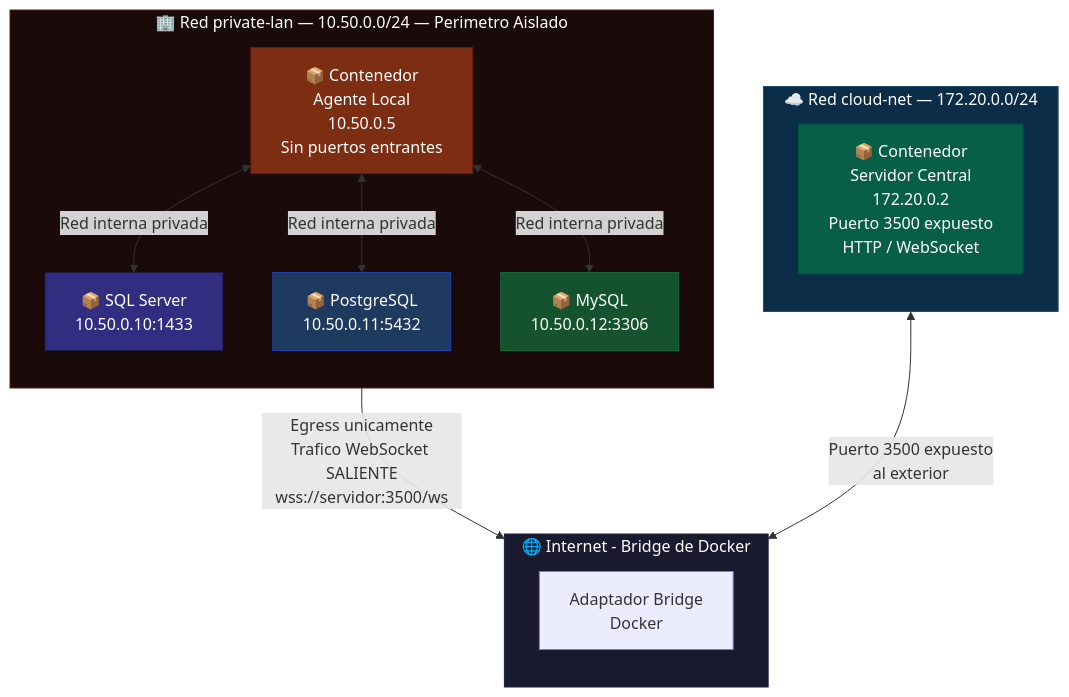
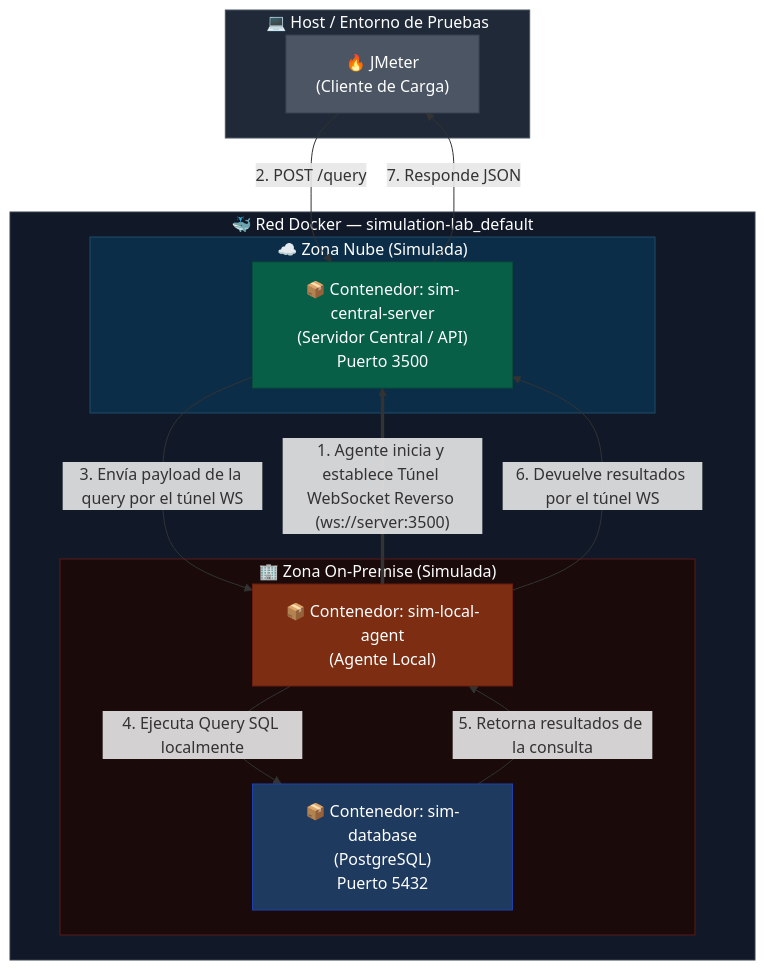
One commit to PoetArtist1/agentstructure changed the third of 5 diagrams in README.md. Above: the diagram before and after it, drawn with Mermaid. The commit also changed other lines of this file, not shown here.

Commit message:
docs: docker diagram fixed

````diff
--- a/README.md
+++ b/README.md
@@ -121,36 +121,39 @@
 ```mermaid
-graph TB
-    subgraph INTERNET ["🌐 Internet - Bridge de Docker"]
-        direction TB
-        INT["Adaptador Bridge\nDocker"]
+graph TD
+    subgraph HOST ["💻 Host / Entorno de Pruebas"]
+        JMETER["🔥 JMeter\n(Cliente de Carga)"]
     end
 
-    subgraph CLOUD ["☁️ Red cloud-net — 172.20.0.0/24"]
-        direction TB
-        SRV_C["📦 Contenedor\nServidor Central\n172.20.0.2\nPuerto 3500 expuesto\nHTTP / WebSocket"]
+    subgraph DOCKER_NET ["🐳 Red Docker — simulation-lab_default"]
+        
+        subgraph CLOUD ["☁️ Zona Nube (Simulada)"]
+            SRV["📦 Contenedor: sim-central-server\n(Servidor Central / API)\nPuerto 3500"]
+        end
+
+        subgraph ONPREMISE ["🏢 Zona On-Premise (Simulada)"]
+            AGT["📦 Contenedor: sim-local-agent\n(Agente Local)"]
+            DB["📦 Contenedor: sim-database\n(PostgreSQL)\nPuerto 5432"]
+        end
     end
 
-    subgraph ONPREMISE ["🏢 Red private-lan — 10.50.0.0/24 — Perimetro Aislado"]
-        direction TB
-        AGT_C["📦 Contenedor\nAgente Local\n10.50.0.5\nSin puertos entrantes"]
-        MSSQL["📦 SQL Server\n10.50.0.10:1433"]
-        PG["📦 PostgreSQL\n10.50.0.11:5432"]
-        MYSQL["📦 MySQL\n10.50.0.12:3306"]
-    end
+    %% 1. Conexión de control (Túnel WebSocket con flecha gruesa corregida)
+    AGT ==>|"1. Agente inicia y establece Túnel WebSocket Reverso (ws://server:3500)"| SRV
 
-    SRV_C <-->|"Puerto 3500 expuesto\nal exterior"| INT
-    AGT_C -->|"Egress unicamente\nTrafico WebSocket SALIENTE\nwss://servidor:3500/ws"| INT
+    %% 2. Flujo de datos de una consulta
+    JMETER -->|"2. POST /query"| SRV
+    SRV -->|"3. Envía payload de la query por el túnel WS"| AGT
+    AGT -->|"4. Ejecuta Query SQL localmente"| DB
+    DB -->|"5. Retorna resultados de la consulta"| AGT
+    AGT -->|"6. Devuelve resultados por el túnel WS"| SRV
+    SRV -->|"7. Responde JSON"| JMETER
 
-    AGT_C <-->|"Red interna privada"| MSSQL
-    AGT_C <-->|"Red interna privada"| PG
-    AGT_C <-->|"Red interna privada"| MYSQL
-
+    %% Estilos visuales
+    style DOCKER_NET fill:#111827,stroke:#374151,color:#fff
     style CLOUD fill:#0c2d48,stroke:#1e4d6b,color:#fff
     style ONPREMISE fill:#1a0a0a,stroke:#5c1a1a,color:#fff
-    style INTERNET fill:#1a1a2e,stroke:#16213e,color:#fff
-    style SRV_C fill:#065f46,color:#fff,stroke:#064e3b
-    style AGT_C fill:#7c2d12,color:#fff,stroke:#6b1d0f
-    style MSSQL fill:#312e81,color:#fff,stroke:#1e1b4b
-    style PG fill:#1e3a5f,color:#fff,stroke:#1e40af
-    style MYSQL fill:#14532d,color:#fff,stroke:#166534
+    style HOST fill:#1f2937,stroke:#4b5563,color:#fff
+    style SRV fill:#065f46,color:#fff,stroke:#064e3b
+    style AGT fill:#7c2d12,color:#fff,stroke:#6b1d0f
+    style DB fill:#1e3a5f,color:#fff,stroke:#1e40af
+    style JMETER fill:#4b5563,color:#fff,stroke:#374151
 ```
````
